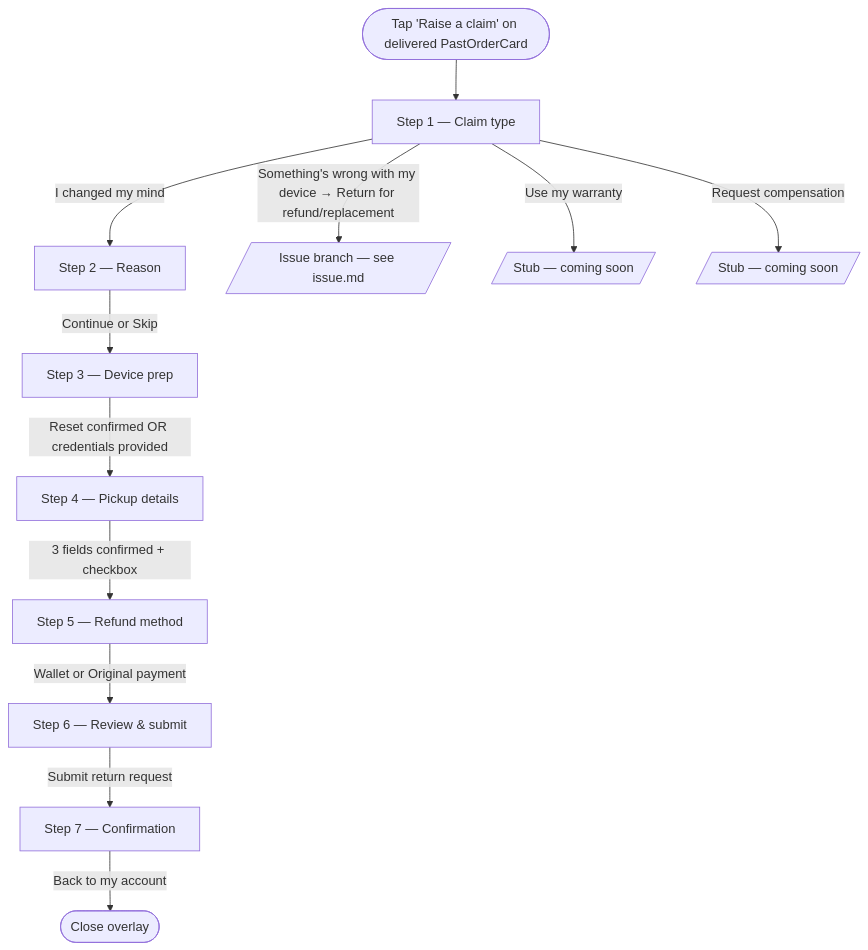
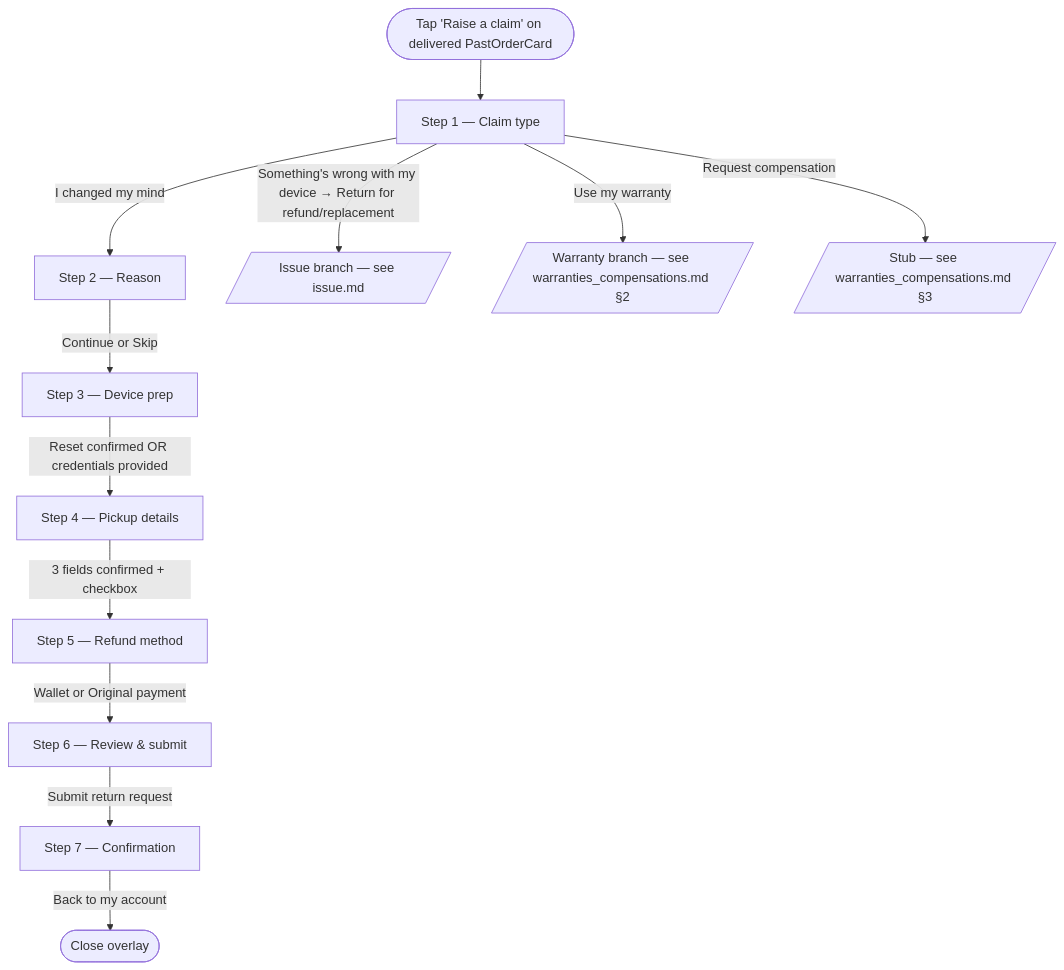
The first of 2 diagrams in docs/output/returns/change_of_mind.md (andrea-revibe/my-account-redesign-v2), drawn with Mermaid before and after one commit. The commit also changed other lines of this file and 20 other files, not shown here.

Commit message:
added warranties raise a claim flow and cards

````diff
--- a/docs/output/returns/change_of_mind.md
+++ b/docs/output/returns/change_of_mind.md
@@ -20,14 +20,14 @@
 ```mermaid
 flowchart TD
   entry([Tap 'Raise a claim' on delivered PastOrderCard]) --> s1[Step 1 — Claim type]
   s1 -->|I changed my mind| s2[Step 2 — Reason]
   s1 -->|Something's wrong with my device → Return for refund/replacement| issue[/Issue branch — see issue.md/]
-  s1 -->|Use my warranty| stub1[/Stub — coming soon/]
-  s1 -->|Request compensation| stub2[/Stub — coming soon/]
+  s1 -->|Use my warranty| warranty[/Warranty branch — see warranties_compensations.md §2/]
+  s1 -->|Request compensation| stub2[/Stub — see warranties_compensations.md §3/]
   s2 -->|Continue or Skip| s3[Step 3 — Device prep]
   s3 -->|Reset confirmed OR credentials provided| s4[Step 4 — Pickup details]
   s4 -->|3 fields confirmed + checkbox| s5[Step 5 — Refund method]
   s5 -->|Wallet or Original payment| s6[Step 6 — Review & submit]
   s6 -->|Submit return request| s7[Step 7 — Confirmation]
   s7 -->|Back to my account| close([Close overlay])
 ```
````
